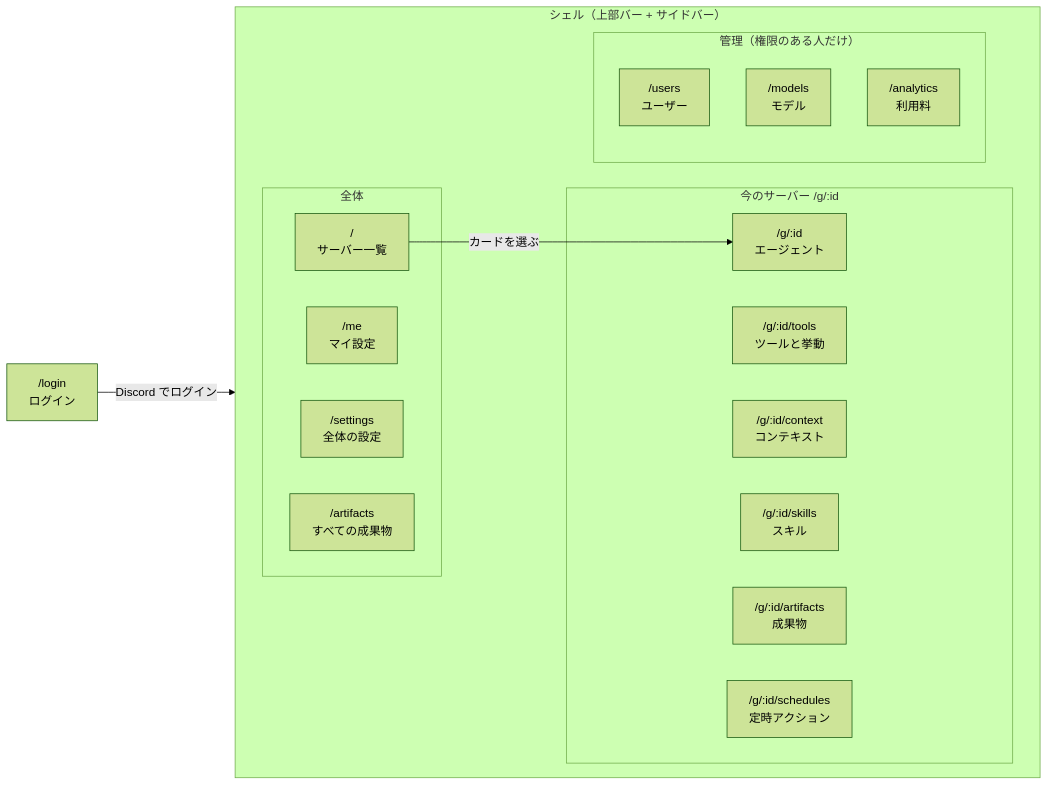
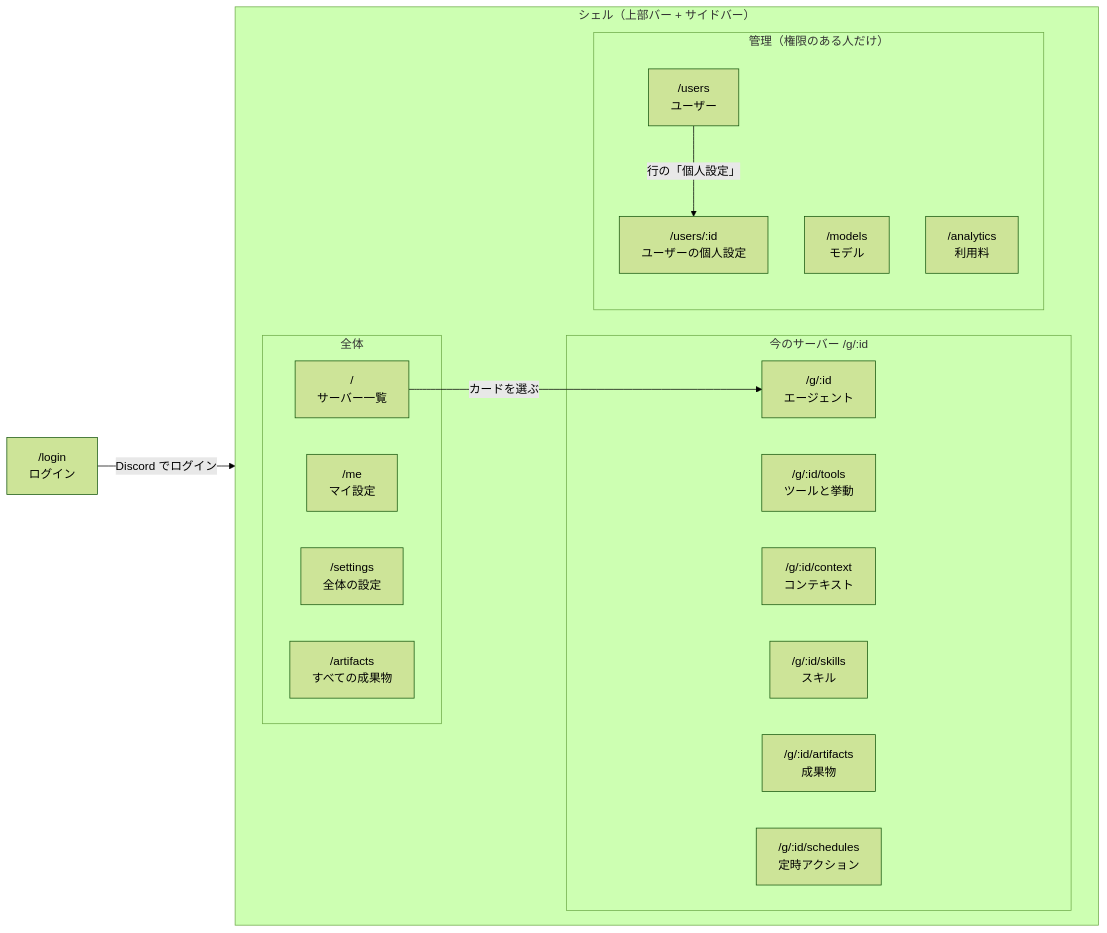
Before and after one commit to hsincode/hibana: the first of 2 diagrams in docs/web-dashboard.md, drawn with Mermaid (forest theme). The commit also changed other lines of this file and 14 other files, not shown here.

````diff
--- a/docs/web-dashboard.md
+++ b/docs/web-dashboard.md
@@ -9,28 +9,30 @@
 ```mermaid
 flowchart LR
   login["/login<br>ログイン"]
   subgraph shell["シェル（上部バー + サイドバー）"]
     direction LR
     subgraph guild["今のサーバー /g/:id"]
       agent["/g/:id<br>エージェント"]
       tools["/g/:id/tools<br>ツールと挙動"]
       context["/g/:id/context<br>コンテキスト"]
       skills["/g/:id/skills<br>スキル"]
       gart["/g/:id/artifacts<br>成果物"]
       sched["/g/:id/schedules<br>定時アクション"]
     end
     subgraph all["全体"]
       servers["/<br>サーバー一覧"]
       me["/me<br>マイ設定"]
       appsettings["/settings<br>全体の設定"]
       artifacts["/artifacts<br>すべての成果物"]
     end
     subgraph admin["管理（権限のある人だけ）"]
       users["/users<br>ユーザー"]
+      usersettings["/users/:id<br>ユーザーの個人設定"]
       models["/models<br>モデル"]
       analytics["/analytics<br>利用料"]
     end
   end
   login -- "Discord でログイン" --> servers
   servers -- "カードを選ぶ" --> agent
+  users -- "行の「個人設定」" --> usersettings
 ```
````
